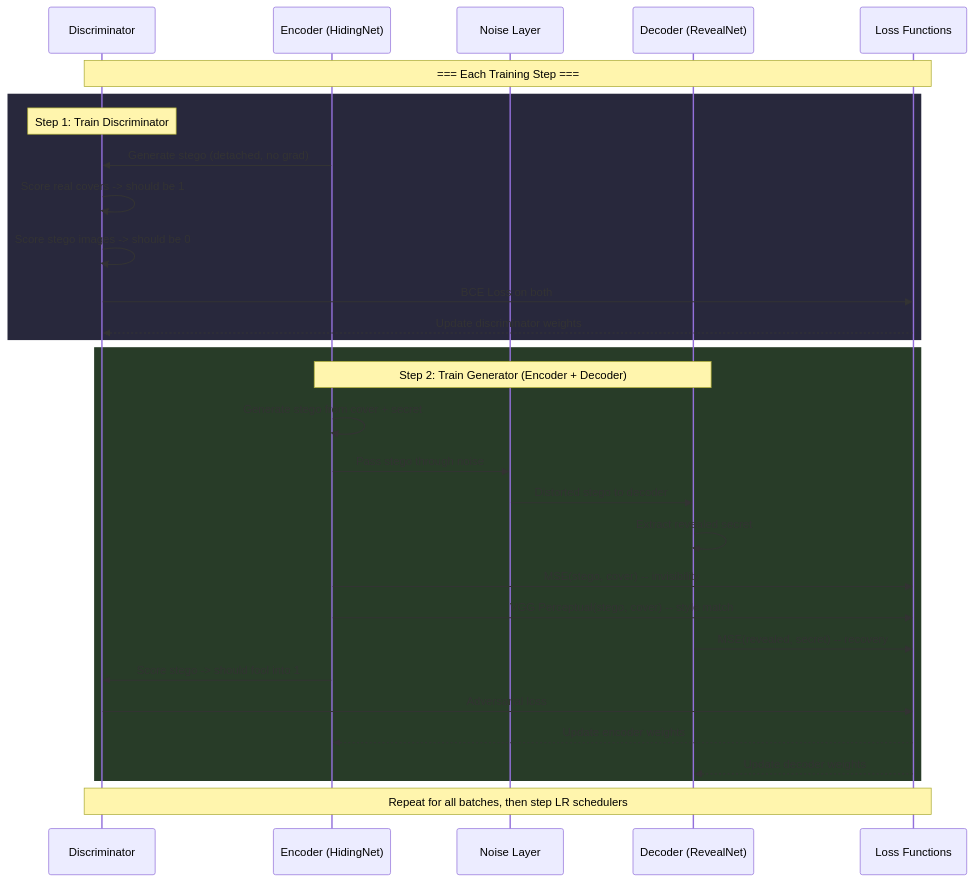
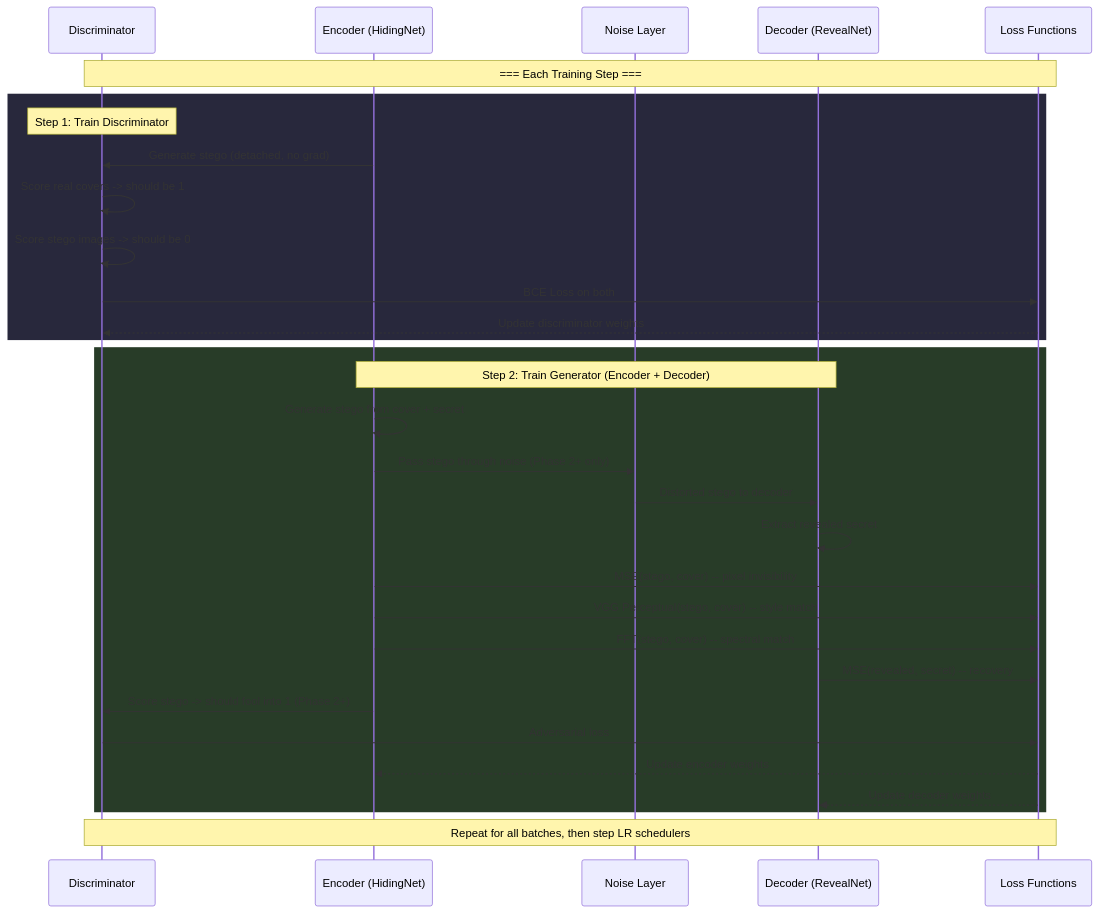
Before and after one commit to Henildiyora/Nexus-Steg: the sixth of 6 diagrams in README.md, drawn with Mermaid. The commit also changed other lines of this file, not shown here.

````diff
--- a/README.md
+++ b/README.md
@@ -321,38 +333,39 @@
 ```mermaid
 sequenceDiagram
     participant D as Discriminator
     participant E as Encoder (HidingNet)
     participant N as Noise Layer
     participant R as Decoder (RevealNet)
     participant L as Loss Functions
 
     Note over D,L: === Each Training Step ===
 
     rect rgb(40, 40, 60)
     Note over D: Step 1: Train Discriminator
     E->>D: Generate stego (detached, no grad)
     D->>D: Score real covers -> should be 1
     D->>D: Score stego images -> should be 0
     D->>L: BCE Loss on both
     L-->>D: Update discriminator weights
     end
 
     rect rgb(40, 60, 40)
     Note over E,R: Step 2: Train Generator (Encoder + Decoder)
     E->>E: Generate stego from cover + secret
-    E->>N: Pass stego through noise
+    E->>N: Pass stego through noise (Phase 2+ only)
     N->>R: Distorted stego to decoder
     R->>R: Extract revealed secret
 
-    E->>L: MSE(stego, cover) -- invisibility
+    E->>L: MSE(stego, cover) -- pixel invisibility
     E->>L: VGG Perceptual(stego, cover) -- style match
+    E->>L: FFT(stego, cover) -- spectral match
     R->>L: MSE(revealed, secret) -- recovery
-    E->>D: Score stego -> should fool into 1
+    E->>D: Score stego -> should fool into 1 (Phase 2+)
     D->>L: Adversarial loss
 
     L-->>E: Update encoder weights
     L-->>R: Update decoder weights
     end
 
     Note over D,L: Repeat for all batches, then step LR schedulers
 ```
````
